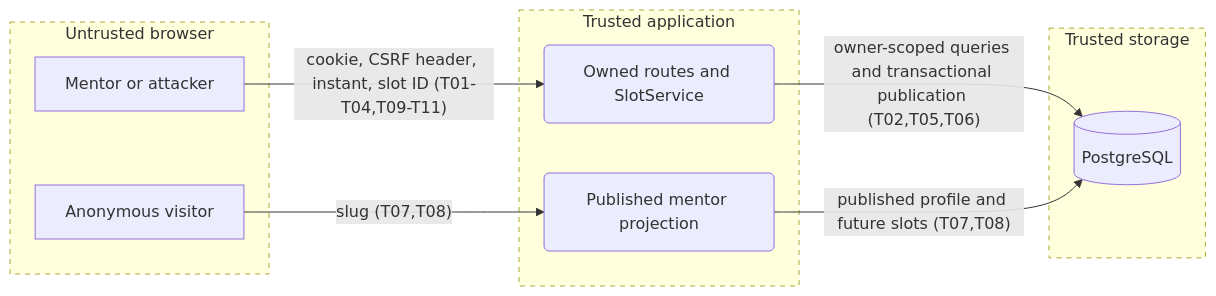
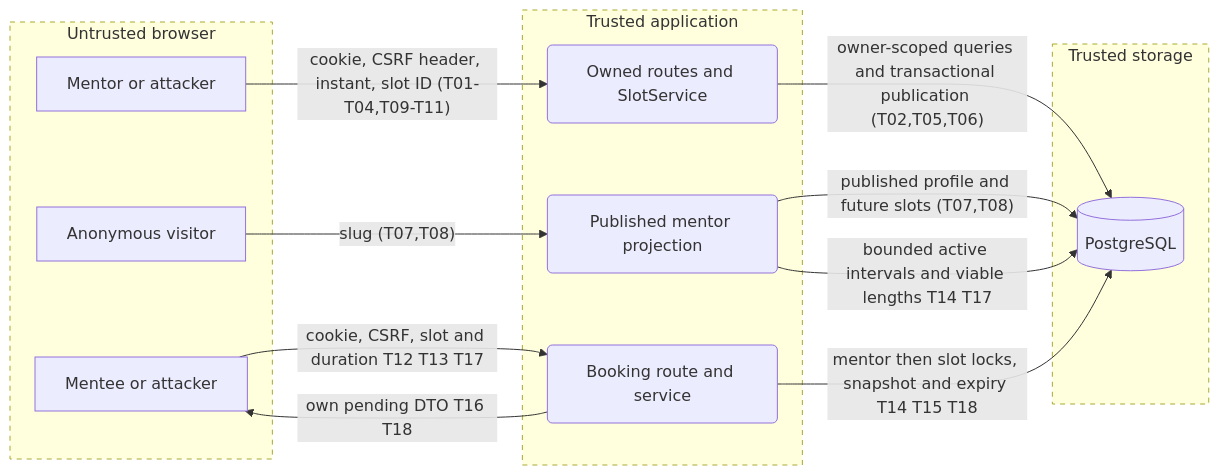
The diagram in docs/security/threat-model.mmd (warnaa/aitl-mentio), drawn with Mermaid before and after one commit. The commit also changed 6 other files, not shown here.

```diff
--- a/docs/security/threat-model.mmd
+++ b/docs/security/threat-model.mmd
@@ -1,23 +1,24 @@
 flowchart LR
   subgraph internet [Untrusted browser]
     Mentor[Mentor or attacker]
     Visitor[Anonymous visitor]
+    Mentee[Mentee or attacker]
   end
   subgraph app [Trusted application]
     API(Owned routes and SlotService)
     Public(Published mentor projection)
+    Booking(Booking route and service)
   end
   subgraph data [Trusted storage]
     DB[(PostgreSQL)]
   end
   Mentor -->|"cookie, CSRF header, instant, slot ID (T01-T04,T09-T11)"| API
   API -->|"owner-scoped queries and transactional publication (T02,T05,T06)"| DB
   Visitor -->|"slug (T07,T08)"| Public
   Public -->|"published profile and future slots (T07,T08)"| DB
+  Mentee -->|"cookie, CSRF, slot and duration T12 T13 T17"| Booking
+  Booking -->|"mentor then slot locks, snapshot and expiry T14 T15 T18"| DB
+  Booking -->|"own pending DTO T16 T18"| Mentee
+  Public -->|"bounded active intervals and viable lengths T14 T17"| DB
   classDef boundary stroke-dasharray: 5 5
   class internet,app,data boundary
-
-%% Booking extension: same application/storage boundaries, issue 40.
-%% Browser -> Booking: cookie, CSRF, slot and duration (T12,T13,T17).
-%% Booking -> DB: mentor/slot locks, price snapshot, expiry (T14,T15,T18).
-%% Booking -> Browser: own pending DTO (T16,T18).
```
